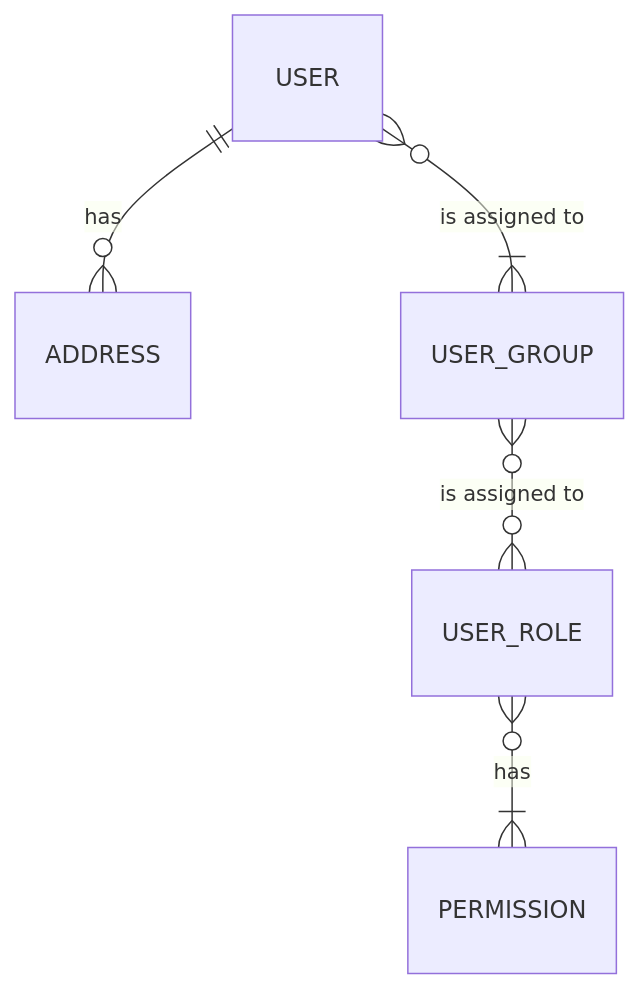
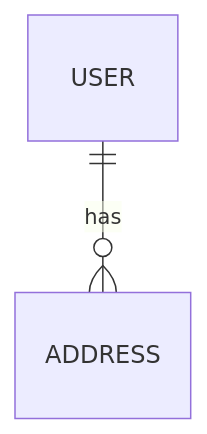
Before and after one commit to fruzsina-banyai/webshop: the first of 6 diagrams in documentation/user_management_service/user_management_service.md, drawn with Mermaid. The commit also changed other lines of this file, not shown here.

Commit message:
Update user_management_service.md to be accurate to the base of the application

````diff
--- a/documentation/user_management_service/user_management_service.md
+++ b/documentation/user_management_service/user_management_service.md
@@ -5,7 +5,4 @@
 ```mermaid
 erDiagram
     USER ||--o{ ADDRESS : has
-    USER }o--|{ USER_GROUP : "is assigned to"
-    USER_GROUP }o--o{ USER_ROLE : "is assigned to"
-    USER_ROLE }o--|{ PERMISSION : has
 ```
````
